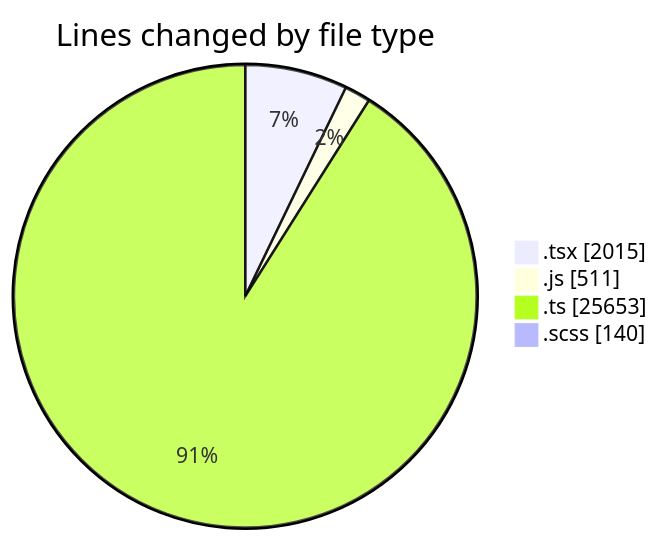
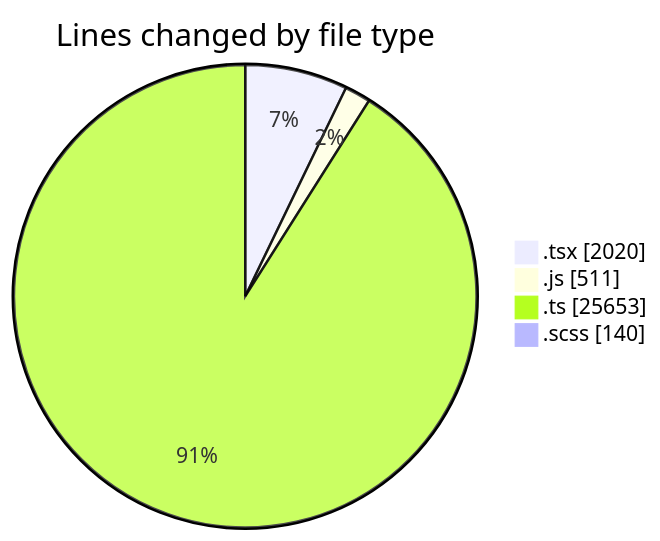
Before and after one commit to momahboobian/code-tracking: the first of 2 diagrams in 2025-06-30/cda/README.md, drawn with Mermaid. The commit also changed other lines of this file and 1 other file, not shown here.

````diff
--- a/2025-06-30/cda/README.md
+++ b/2025-06-30/cda/README.md
@@ -39,8 +39,8 @@
 ```mermaid
 pie showData
 title Lines changed by file type
-".tsx" : 2015
+".tsx" : 2020
 ".js" : 511
 ".ts" : 25653
 ".scss" : 140
 ```
````
